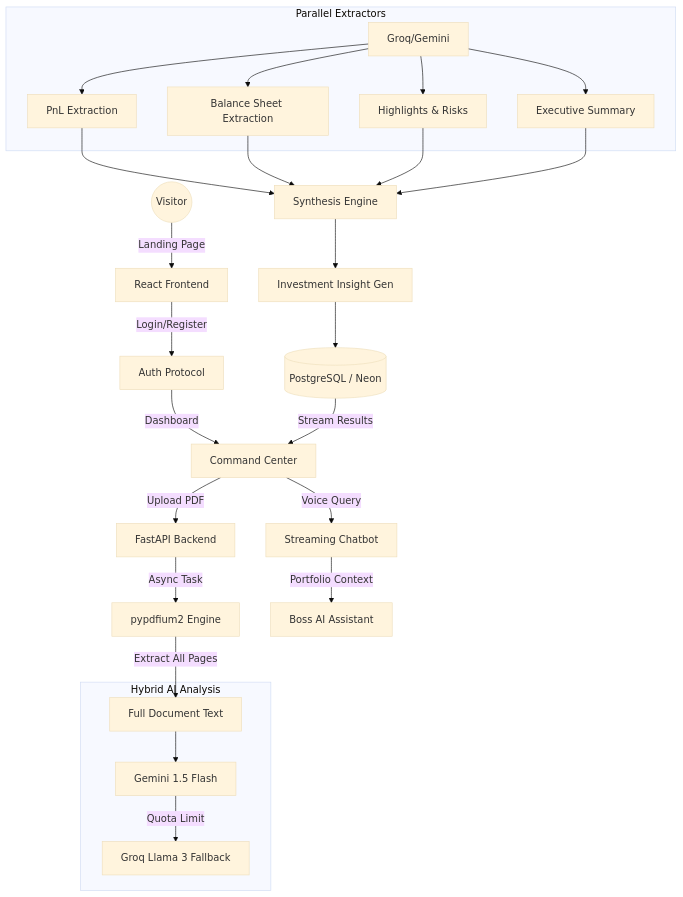
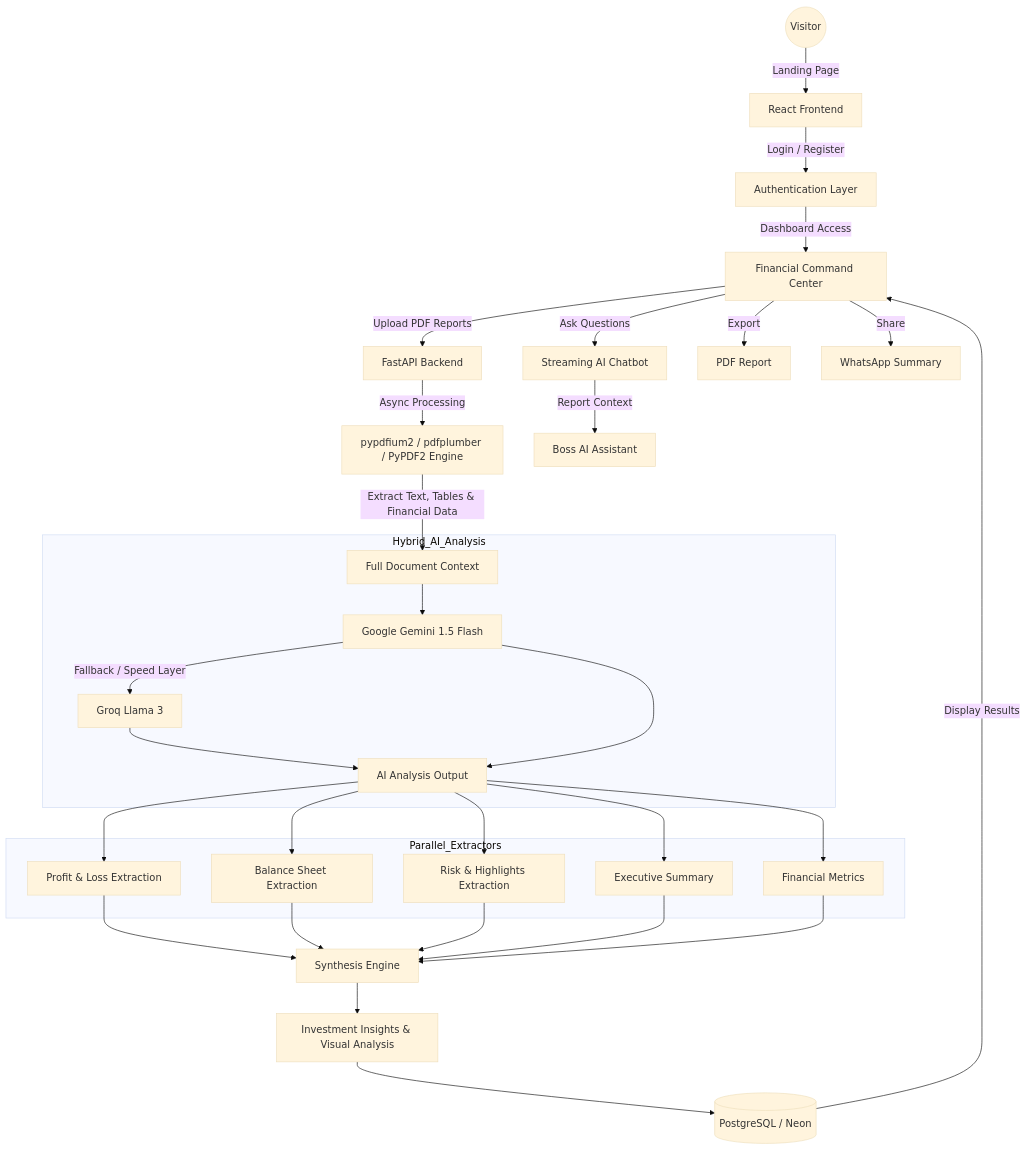
Before and after one commit to debjitghosal/finsight-ai: the diagram in README.md, drawn with Mermaid (base theme). The commit also changed other lines of this file, not shown here.

````diff
--- a/README.md
+++ b/README.md
@@ -27,30 +34,41 @@
 ```mermaid
 graph TD
     Visitor((Visitor)) -->|Landing Page| UI[React Frontend]
-    UI -->|Login/Register| Auth[Auth Protocol]
-    Auth -->|Dashboard| Console[Command Center]
-    
-    Console -->|Upload PDF| API[FastAPI Backend]
-    API -->|Async Task| PDF[pypdfium2 Engine]
-    PDF -->|Extract All Pages| Text[Full Document Text]
-    
-    subgraph Hybrid AI Analysis
-        Text --> Gemini[Gemini 1.5 Flash]
-        Gemini -->|Quota Limit| Groq[Groq Llama 3 Fallback]
+    UI -->|Login / Register| Auth[Authentication Layer]
+    Auth -->|Dashboard Access| Console[Financial Command Center]
+
+    Console -->|Upload PDF Reports| API[FastAPI Backend]
+    API -->|Async Processing| PDF[pypdfium2 / pdfplumber / PyPDF2 Engine]
+    PDF -->|Extract Text, Tables & Financial Data| Text[Full Document Context]
+
+    subgraph Hybrid_AI_Analysis
+        Text --> Gemini[Google Gemini 1.5 Flash]
+        Gemini -->|Fallback / Speed Layer| Groq[Groq Llama 3]
+        Groq --> AIOut[AI Analysis Output]
+        Gemini --> AIOut
     end
-    
-    subgraph Parallel Extractors
-        Groq/Gemini --> PnL[PnL Extraction]
-        Groq/Gemini --> BS[Balance Sheet Extraction]
-        Groq/Gemini --> High[Highlights & Risks]
-        Groq/Gemini --> Sum[Executive Summary]
+
+    subgraph Parallel_Extractors
+        AIOut --> PnL[Profit & Loss Extraction]
+        AIOut --> BS[Balance Sheet Extraction]
+        AIOut --> Risk[Risk & Highlights Extraction]
+        AIOut --> Summary[Executive Summary]
+        AIOut --> Metrics[Financial Metrics]
     end
-    
-    PnL & BS & High & Sum --> Merge[Synthesis Engine]
-    Merge --> Insights[Investment Insight Gen]
+
+    PnL --> Merge[Synthesis Engine]
+    BS --> Merge
+    Risk --> Merge
+    Summary --> Merge
+    Metrics --> Merge
+
+    Merge --> Insights[Investment Insights & Visual Analysis]
     Insights --> DB[(PostgreSQL / Neon)]
-    
-    DB -->|Stream Results| Console
-    Console -->|Voice Query| Chat[Streaming Chatbot]
-    Chat -->|Portfolio Context| BossAI[Boss AI Assistant]
+
+    DB -->|Display Results| Console
+    Console -->|Ask Questions| Chat[Streaming AI Chatbot]
+    Chat -->|Report Context| BossAI[Boss AI Assistant]
+
+    Console -->|Export| PDFReport[PDF Report]
+    Console -->|Share| WhatsApp[WhatsApp Summary]
 ```
````
